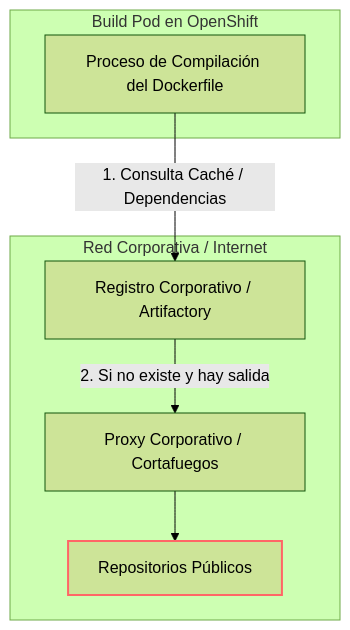
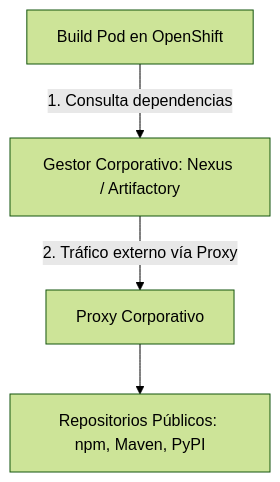
The fourth of 6 diagrams in docs/sesion4/4.5 Construir en la plataforma.md (ieftraining/curso-openshift), drawn with Mermaid (forest theme) before and after one commit. The commit also changed other lines of this file, not shown here.

````diff
--- a/docs/sesion4/4.5 Construir en la plataforma.md
+++ b/docs/sesion4/4.5 Construir en la plataforma.md
@@ -121,17 +102,6 @@
 ```mermaid
 flowchart TD
-    subgraph Build Pod en OpenShift
-        BP[Proceso de Compilación del Dockerfile]
-    end
-
-    subgraph Red Corporativa / Internet
-        Proxy[Proxy Corporativo / Cortafuegos]
-        Nexus[Registro Corporativo / Artifactory]
-        Internet[Repositorios Públicos]
-    end
-
-    BP -->|1. Consulta Caché / Dependencias| Nexus
-    Nexus -->|2. Si no existe y hay salida| Proxy --> Internet
-    
-    style Internet stroke:#f66,stroke-width:2px
+    BP[Build Pod en OpenShift] -->|1. Consulta dependencias| Nexus[Gestor Corporativo: Nexus / Artifactory]
+    Nexus -->|2. Tráfico externo vía Proxy| Proxy[Proxy Corporativo]
+    Proxy --> Internet[Repositorios Públicos: npm, Maven, PyPI]
 ```
````
